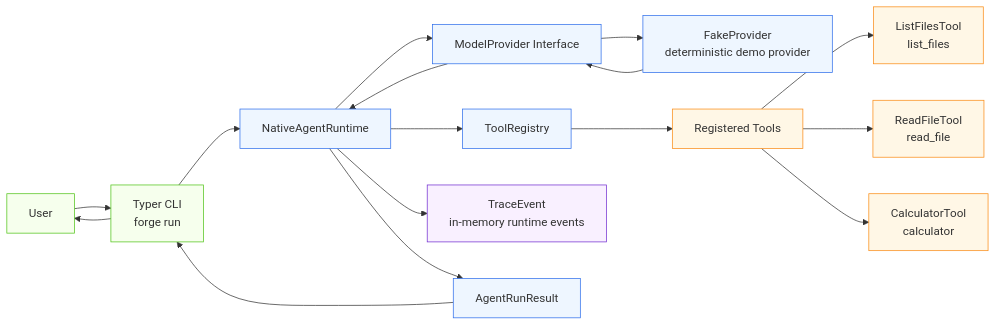
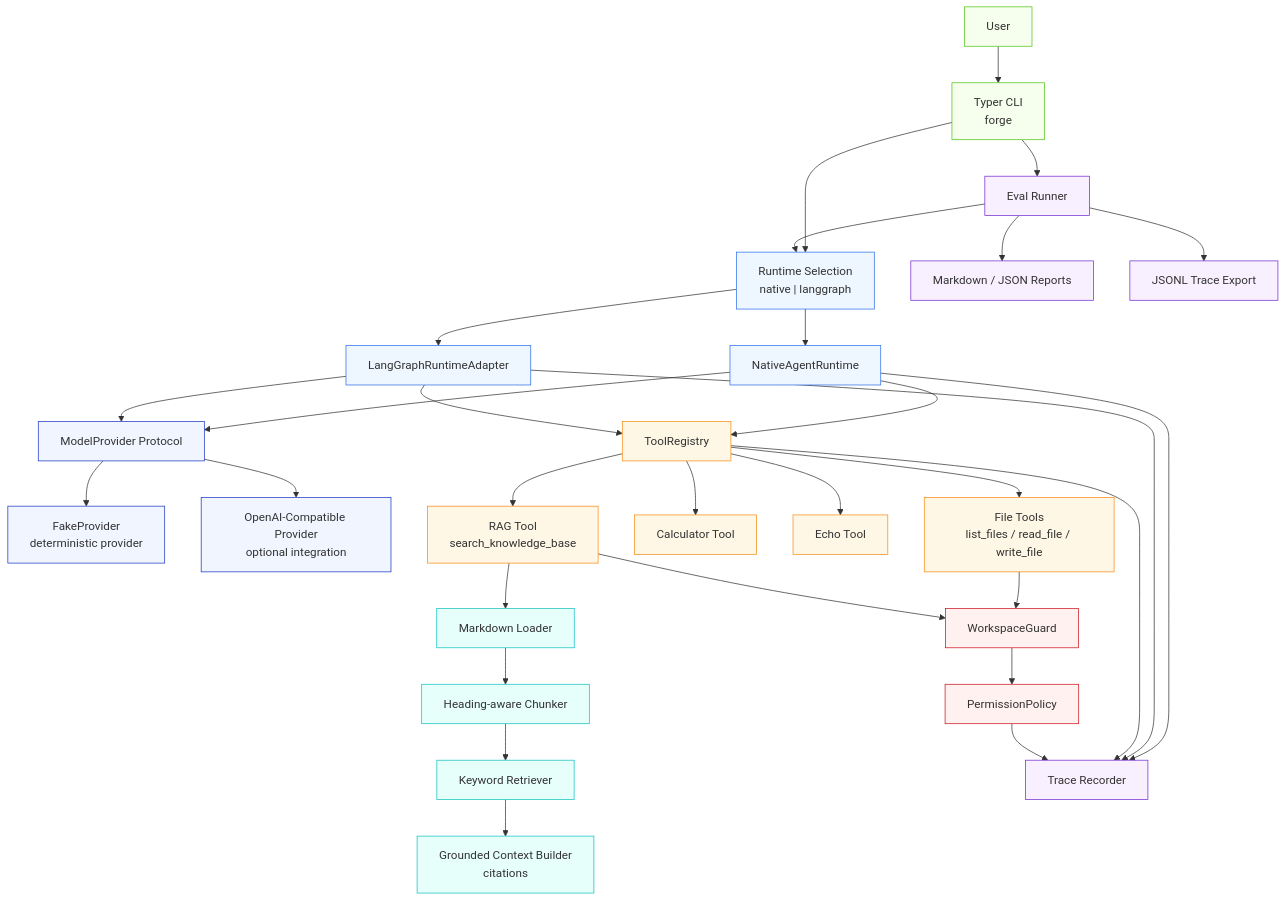
One commit to Dreamer-Sea/forge-agent changed the first of 3 diagrams in README.md. Above: the diagram before and after it, drawn with Mermaid. The commit also changed other lines of this file, not shown here.

Commit message:
docs(day7): finalize readme for agent platform demo

````diff
--- a/README.md
+++ b/README.md
@@ -108,34 +52,59 @@
 ```mermaid
-flowchart LR
-    User["User"] --> CLI["Typer CLI<br/>forge run"]
+flowchart TD
+    User["User"] --> CLI["Typer CLI<br/>forge"]
 
-    CLI --> Runtime["NativeAgentRuntime"]
+    CLI --> RuntimeSelection["Runtime Selection<br/>native | langgraph"]
 
-    Runtime --> Provider["ModelProvider Interface"]
-    Provider --> FakeProvider["FakeProvider<br/>deterministic demo provider"]
-    FakeProvider --> Provider
-    Provider --> Runtime
+    RuntimeSelection --> NativeRuntime["NativeAgentRuntime"]
+    RuntimeSelection --> LangGraphRuntime["LangGraphRuntimeAdapter"]
 
-    Runtime --> Registry["ToolRegistry"]
-    Registry --> Tools["Registered Tools"]
+    NativeRuntime --> Provider["ModelProvider Protocol"]
+    LangGraphRuntime --> Provider
 
-    Tools --> ListFiles["ListFilesTool<br/>list_files"]
-    Tools --> ReadFile["ReadFileTool<br/>read_file"]
-    Tools --> Calculator["CalculatorTool<br/>calculator"]
+    Provider --> FakeProvider["FakeProvider<br/>deterministic provider"]
+    Provider --> OpenAICompatibleProvider["OpenAI-Compatible Provider<br/>optional integration"]
 
-    Runtime --> Trace["TraceEvent<br/>in-memory runtime events"]
-    Runtime --> Result["AgentRunResult"]
+    NativeRuntime --> ToolRegistry["ToolRegistry"]
+    LangGraphRuntime --> ToolRegistry
 
-    Result --> CLI
-    CLI --> User
+    ToolRegistry --> FileTools["File Tools<br/>list_files / read_file / write_file"]
+    ToolRegistry --> CalculatorTool["Calculator Tool"]
+    ToolRegistry --> EchoTool["Echo Tool"]
+    ToolRegistry --> RagTool["RAG Tool<br/>search_knowledge_base"]
+
+    FileTools --> WorkspaceGuard["WorkspaceGuard"]
+    RagTool --> WorkspaceGuard
+
+    WorkspaceGuard --> PermissionPolicy["PermissionPolicy"]
+
+    RagTool --> MarkdownLoader["Markdown Loader"]
+    MarkdownLoader --> Chunker["Heading-aware Chunker"]
+    Chunker --> Retriever["Keyword Retriever"]
+    Retriever --> ContextBuilder["Grounded Context Builder<br/>citations"]
+
+    NativeRuntime --> TraceRecorder["Trace Recorder"]
+    LangGraphRuntime --> TraceRecorder
+    ToolRegistry --> TraceRecorder
+    PermissionPolicy --> TraceRecorder
+
+    CLI --> EvalRunner["Eval Runner"]
+    EvalRunner --> RuntimeSelection
+    EvalRunner --> Reports["Markdown / JSON Reports"]
+    EvalRunner --> TraceExport["JSONL Trace Export"]
 
     classDef entry fill:#f6ffed,stroke:#52c41a,stroke-width:1px;
-    classDef core fill:#eef6ff,stroke:#2f6feb,stroke-width:1px;
+    classDef runtime fill:#eef6ff,stroke:#2f6feb,stroke-width:1px;
+    classDef provider fill:#f0f5ff,stroke:#1d39c4,stroke-width:1px;
     classDef tool fill:#fff7e6,stroke:#fa8c16,stroke-width:1px;
-    classDef trace fill:#f9f0ff,stroke:#722ed1,stroke-width:1px;
+    classDef rag fill:#e6fffb,stroke:#13c2c2,stroke-width:1px;
+    classDef security fill:#fff1f0,stroke:#cf1322,stroke-width:1px;
+    classDef eval fill:#f9f0ff,stroke:#722ed1,stroke-width:1px;
 
     class User,CLI entry;
-    class Runtime,Provider,FakeProvider,Registry,Result core;
-    class Tools,ListFiles,ReadFile,Calculator tool;
-    class Trace trace;
+    class RuntimeSelection,NativeRuntime,LangGraphRuntime runtime;
+    class Provider,FakeProvider,OpenAICompatibleProvider provider;
+    class ToolRegistry,FileTools,CalculatorTool,EchoTool,RagTool tool;
+    class MarkdownLoader,Chunker,Retriever,ContextBuilder rag;
+    class WorkspaceGuard,PermissionPolicy security;
+    class TraceRecorder,EvalRunner,Reports,TraceExport eval;
 ```
````
